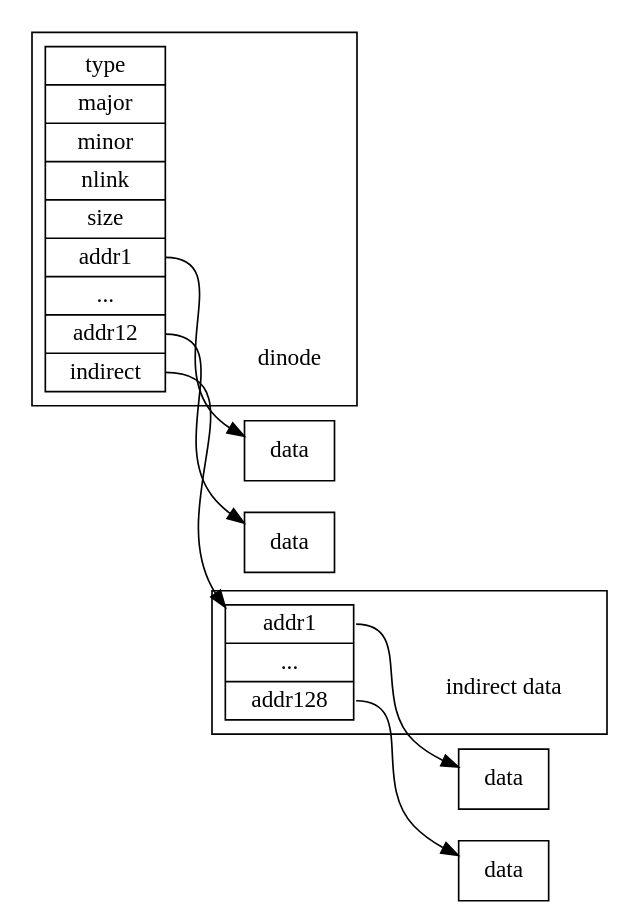
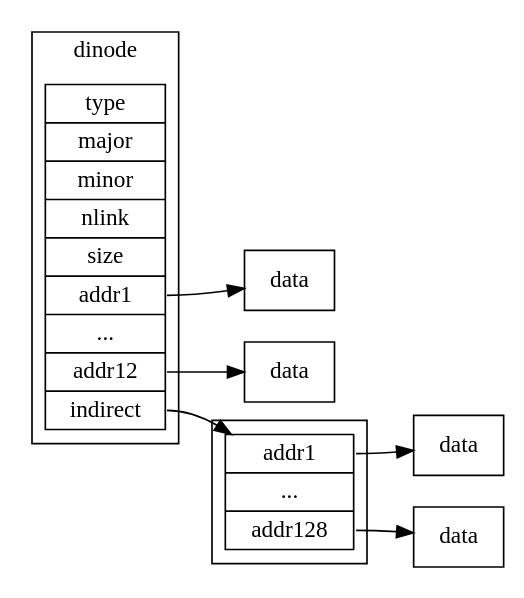
The diagram in 62-buffer-log.org (Jeanhwea/xv6-course), drawn with Graphviz before and after one commit. The commit also changed 1 other file, not shown here.

```diff
--- a/62-buffer-log.org
+++ b/62-buffer-log.org
@@ -11,52 +11,54 @@
 #+BEGIN_SRC dot :exports results :file ./img/dinode.png
   digraph {
     graph [
       rankdir = "LR"
     ];
     subgraph cluster_dinode {
+      label = "dinode"
       dinode [
         label = "type|major|minor|nlink|size|<f1>addr1|...|<f2>addr12|<f3>indirect"
         shape = "record"
       ];
-      dinode:s -> dinode_text [style="invis"];
-      dinode_text [
-        label = "dinode"
-        shape = none
-      ];
+      // dinode:s -> dinode_text [style="invis"];
+      // dinode_text [
+      //   label = "dinode"
+      //   shape = none
+      // ];
     }
     dinode:f1 -> data01;
     data01 [
       label = "data"
       shape = "record"
     ];
     dinode:f2 -> data12;
     data12 [
       label = "data"
       shape = "record"
     ];
 
     subgraph cluster_indrnode {
+      lable = "indirect data"
       indrnode [
         label = "<f1>addr1|...|<f2>addr128"
         shape = "record"
       ];
       dinode:f3 -> indrnode;
-      indrnode:s -> indrnode0 [style="invis"];
-      indrnode0 [
-        label = "indirect data"
-        shape = none
-      ];
+      // indrnode:s -> indrnode0 [style="invis"];
+      // indrnode0 [
+      //   label = "indirect data"
+      //   shape = none
+      // ];
     }
 
     indrnode:f1 -> idata01;
     idata01 [
       label = "data"
       shape = "record"
     ];
     indrnode:f2 -> idata128;
     idata128 [
       label = "data"
       shape = "record"
     ];
   }
 #+END_SRC
```
